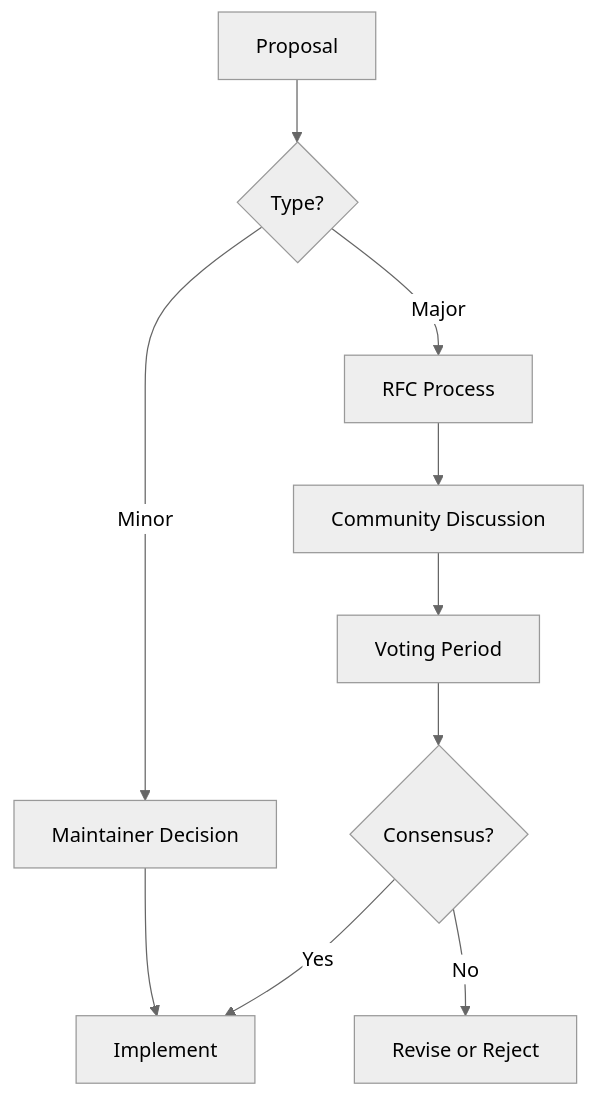
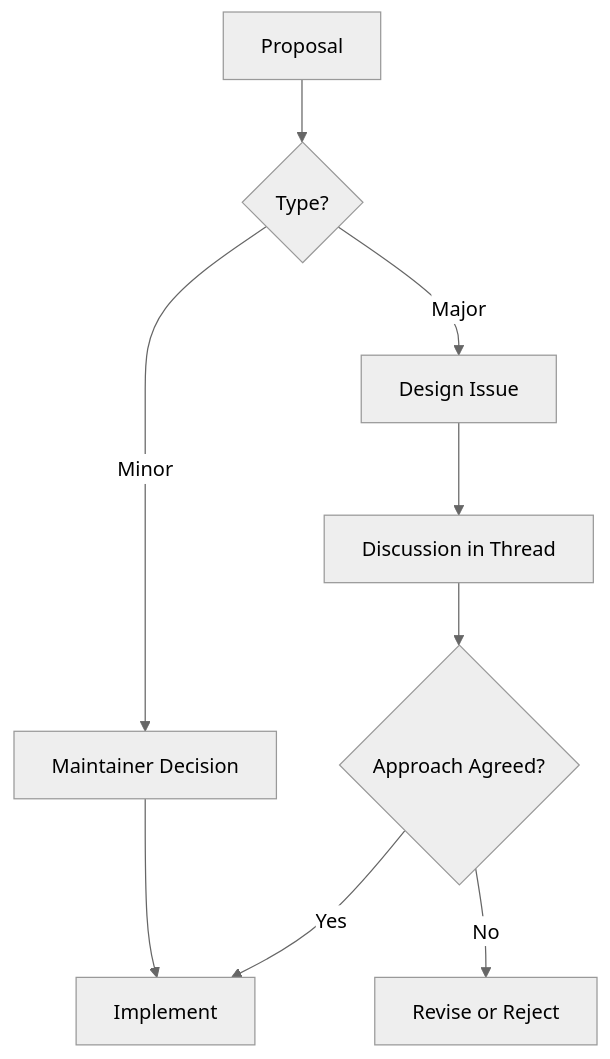
Before and after one commit to nourayman21k/OpenWA: the second of 2 diagrams in docs/20-community-guidelines.md, drawn with Mermaid (neutral theme). The commit also changed other lines of this file and 29 other files, not shown here.

````diff
--- a/docs/20-community-guidelines.md
+++ b/docs/20-community-guidelines.md
@@ -374,14 +330,13 @@
 ```mermaid
 flowchart TB
     A[Proposal] --> B{Type?}
     B -->|Minor| C[Maintainer Decision]
-    B -->|Major| D[RFC Process]
+    B -->|Major| D[Design Issue]
 
-    D --> E[Community Discussion]
-    E --> F[Voting Period]
-    F --> G{Consensus?}
+    D --> E[Discussion in Thread]
+    E --> G{Approach Agreed?}
     G -->|Yes| H[Implement]
     G -->|No| I[Revise or Reject]
 
     C --> H
 ```
````
